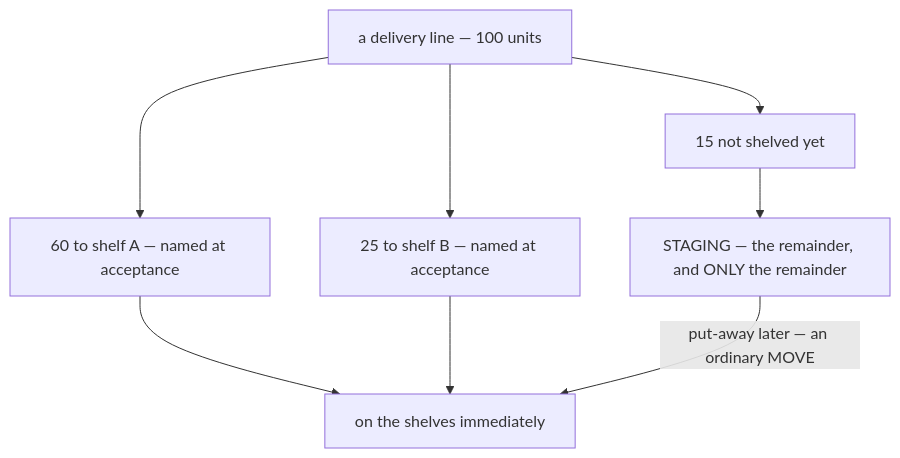
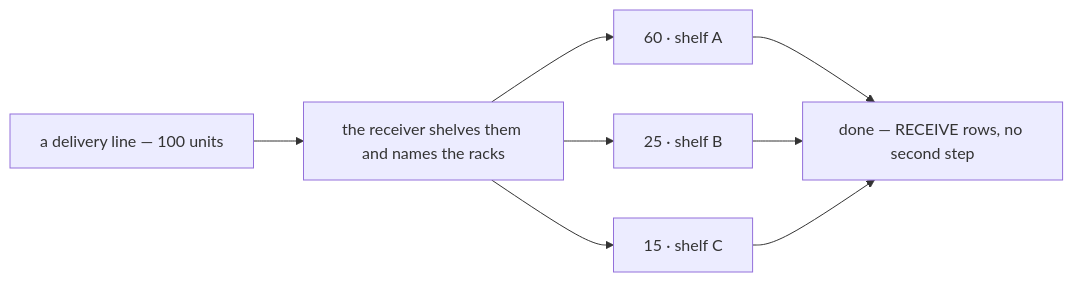
The second of 34 diagrams in disscuss/architecture/stock_movement_log.md (pdcgo/warehouse_revamp), drawn with Mermaid before and after one commit. The commit also changed other lines of this file and 4 other files, not shown here.

````diff
--- a/disscuss/architecture/stock_movement_log.md
+++ b/disscuss/architecture/stock_movement_log.md
@@ -85,11 +82,10 @@
 ```mermaid
-flowchart TD
-  T["a delivery line — 100 units"]
-  T --> P1["60 to shelf A — named at acceptance"]
-  T --> P2["25 to shelf B — named at acceptance"]
-  T --> P3["15 not shelved yet"]
-  P1 --> S["on the shelves immediately"]
-  P2 --> S
-  P3 --> ST["STAGING — the remainder, and ONLY the remainder"]
-  ST -->|"put-away later — an ordinary MOVE"| S
+flowchart LR
+  T["a delivery line — 100 units"] --> R["the receiver shelves them and names the racks"]
+  R --> S1["60 · shelf A"]
+  R --> S2["25 · shelf B"]
+  R --> S3["15 · shelf C"]
+  S1 --> D["done — RECEIVE rows, no second step"]
+  S2 --> D
+  S3 --> D
 ```
````
